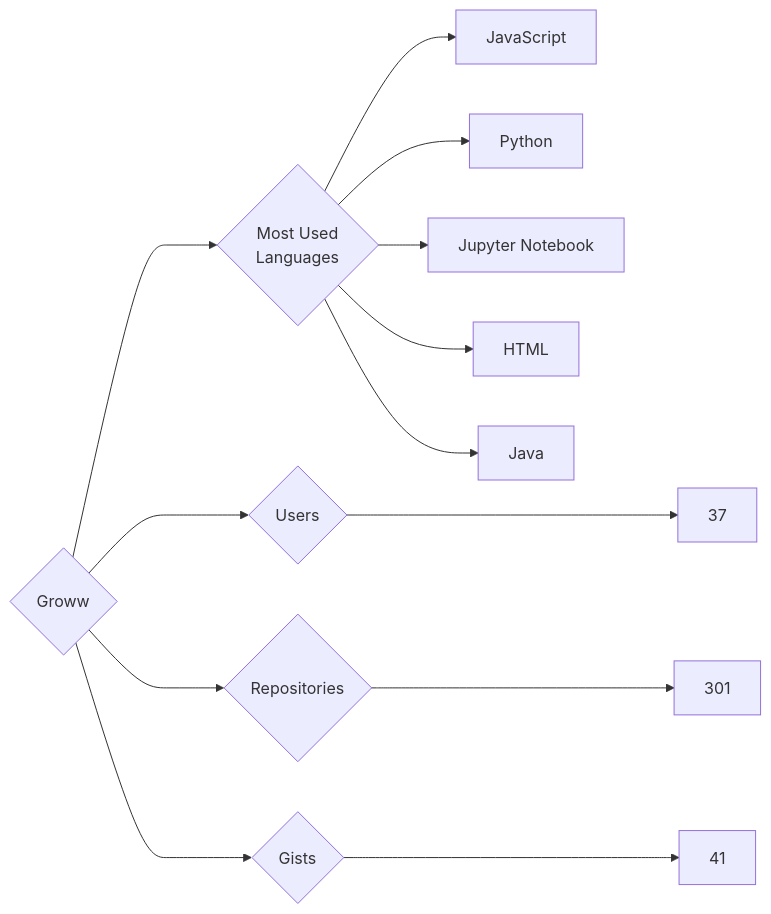
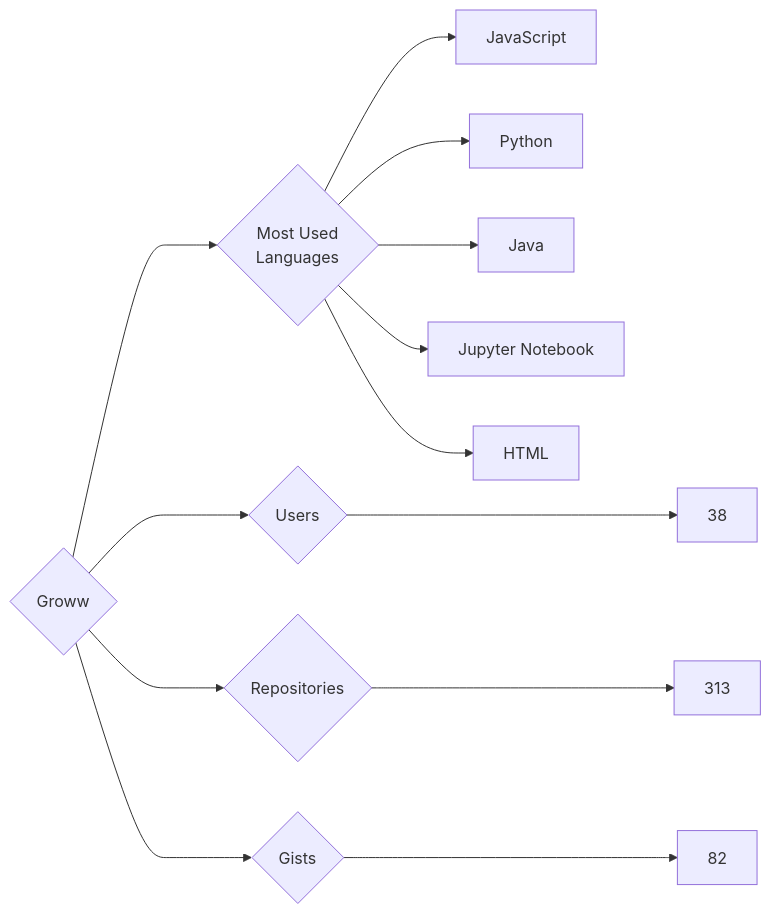
Before and after one commit to trickest/insiders: the diagram in targets/Groww/README.md, drawn with Mermaid. The commit also changed 894 other files, not shown here.

````diff
--- a/targets/Groww/README.md
+++ b/targets/Groww/README.md
@@ -3,13 +3,13 @@
 ```mermaid
 graph LR
 COMPANY_NAME{Groww}
-COMPANY_NAME ---> U{Users} ---> UN[37]
-COMPANY_NAME ---> R{Repositories} ---> RN[301]
-COMPANY_NAME ---> G{Gists} ---> GN[41]
+COMPANY_NAME ---> U{Users} ---> UN[38]
+COMPANY_NAME ---> R{Repositories} ---> RN[313]
+COMPANY_NAME ---> G{Gists} ---> GN[82]
 COMPANY_NAME ---> ML{Most Used<br>Languages}
 ML --> JavaScript[JavaScript]
 ML --> Python[Python]
+ML --> Java[Java]
 ML --> Jupyter_Notebook[Jupyter Notebook]
 ML --> HTML[HTML]
-ML --> Java[Java]
 ```
````
